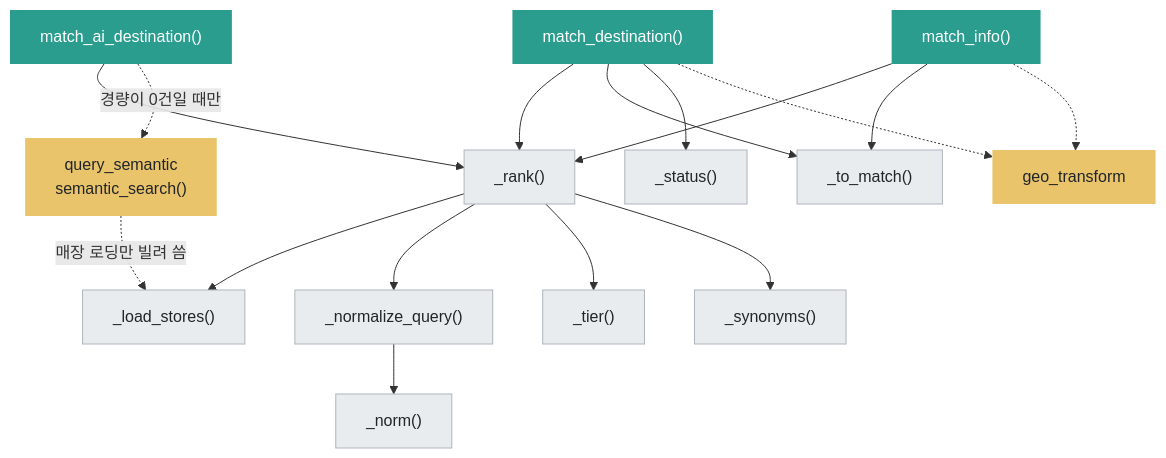
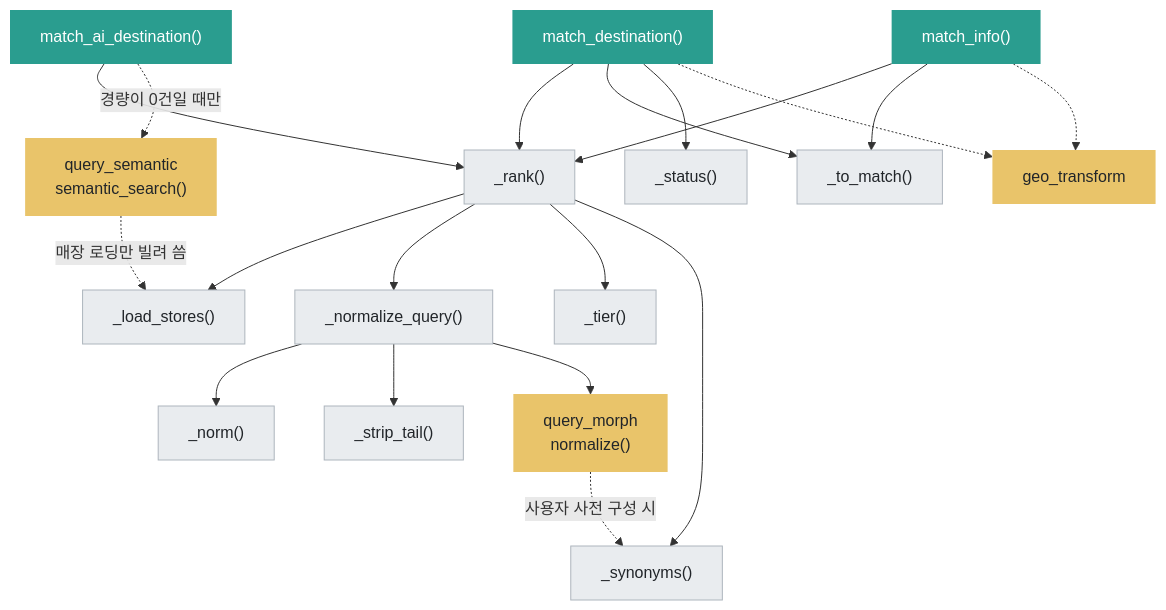
The third of 5 diagrams in backend/app/repositories/README.md (Routex-labs/Navigation), drawn with Mermaid before and after one commit. The commit also changed other lines of this file and 2 other files, not shown here.

````diff
--- a/backend/app/repositories/README.md
+++ b/backend/app/repositories/README.md
@@ -94,23 +98,24 @@
 ```mermaid
 flowchart TD
     mDest["match_destination()"] --> rank["_rank()"] & toMatch["_to_match()"]
     mInfo["match_info()"] --> rank & toMatch
     mAI["match_ai_destination()"] --> rank
     mAI -. "경량이 0건일 때만" .-> SEM["query_semantic<br/>semantic_search()"]
 
     rank --> loadS["_load_stores()"] & normQ["_normalize_query()"] & tier["_tier()"] & syn["_synonyms()"]
-    normQ --> norm["_norm()"]
+    normQ --> norm["_norm()"] & tail["_strip_tail()"] & MO["query_morph<br/>normalize()"]
     mDest --> status["_status()"]
 
     SEM -. "매장 로딩만 빌려 씀" .-> loadS
+    MO -. "사용자 사전 구성 시" .-> syn
 
     mDest -.-> GT["geo_transform"]
     mInfo -.-> GT
 
     classDef pub fill:#2a9d8f,color:#fff,stroke:none
     classDef priv fill:#e9ecef,color:#212529,stroke:#adb5bd
     classDef ext fill:#e9c46a,color:#212529,stroke:none
     class mDest,mInfo,mAI pub
-    class rank,loadS,toMatch,normQ,tier,syn,norm,status priv
-    class GT,SEM ext
+    class rank,loadS,toMatch,normQ,tier,syn,norm,tail,status priv
+    class GT,SEM,MO ext
 ```
````
